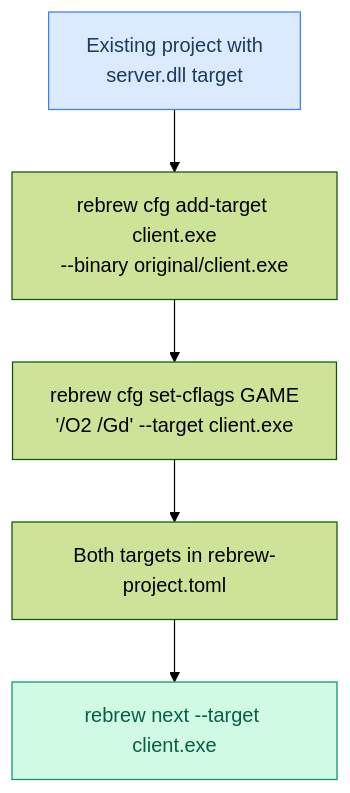
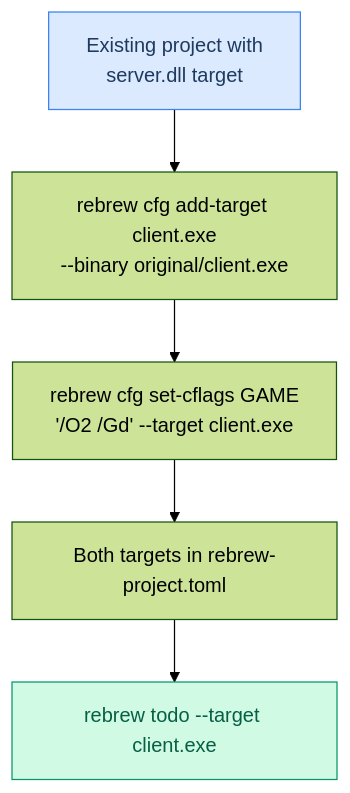
One commit to maci0/rebrew changed the second of 16 diagrams in docs/USER_STORIES.md. Above: the diagram before and after it, drawn with Mermaid (forest theme). The commit also changed other lines of this file and 3 other files, not shown here.

First line of the commit message:
docs: replace ghost commands rebrew next/promote with current equivalents (A3)

````diff
--- a/docs/USER_STORIES.md
+++ b/docs/USER_STORIES.md
@@ -58,10 +58,10 @@
 ```mermaid
 graph TD
     A["Existing project with<br/>server.dll target"] --> B["rebrew cfg add-target client.exe<br/>--binary original/client.exe"]
     B --> D["rebrew cfg set-cflags GAME<br/>'/O2 /Gd' --target client.exe"]
     D --> E["Both targets in rebrew-project.toml"]
-    E --> F["rebrew next --target client.exe"]
+    E --> F["rebrew todo --target client.exe"]
 
     style A fill:#dbeafe,stroke:#3b82f6,color:#1e3a5f
     style F fill:#d1fae5,stroke:#059669,color:#065f46
 ```
````
